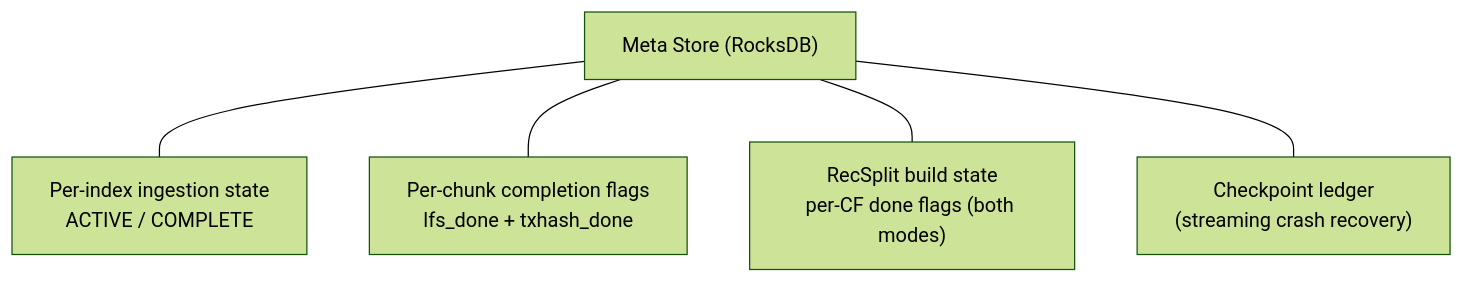
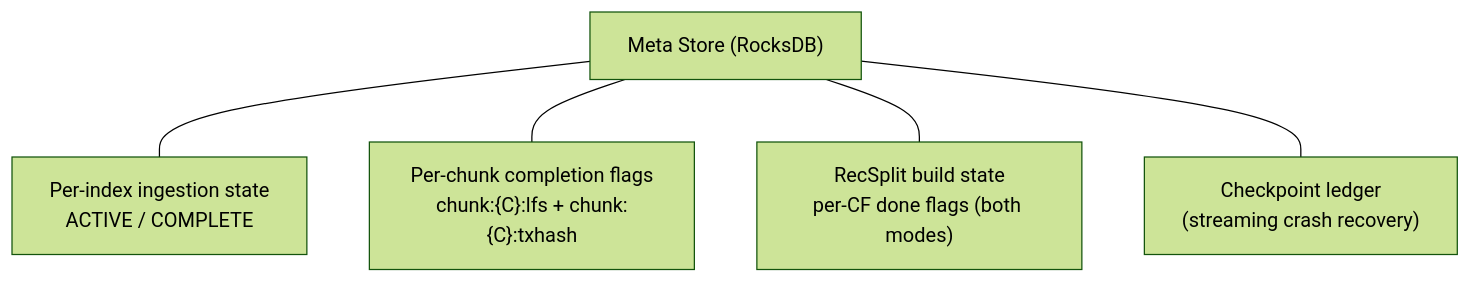
Before and after one commit to stellar/stellar-rpc: the fourth of 12 diagrams in full-history/design-docs/01-architecture-overview.md, drawn with Mermaid (forest theme). The commit also changed other lines of this file and 10 other files, not shown here.

````diff
--- a/full-history/design-docs/01-architecture-overview.md
+++ b/full-history/design-docs/01-architecture-overview.md
@@ -71,8 +71,8 @@
 ```mermaid
 flowchart TD
     META["Meta Store (RocksDB)"]
     META --- RANGE["Per-index ingestion state<br/>ACTIVE / COMPLETE"]
-    META --- CHUNK["Per-chunk completion flags<br/>lfs_done + txhash_done"]
+    META --- CHUNK["Per-chunk completion flags<br/>chunk:{C}:lfs + chunk:{C}:txhash"]
     META --- RS["RecSplit build state<br/>per-CF done flags (both modes)"]
     META --- CP["Checkpoint ledger<br/>(streaming crash recovery)"]
 ```
````
